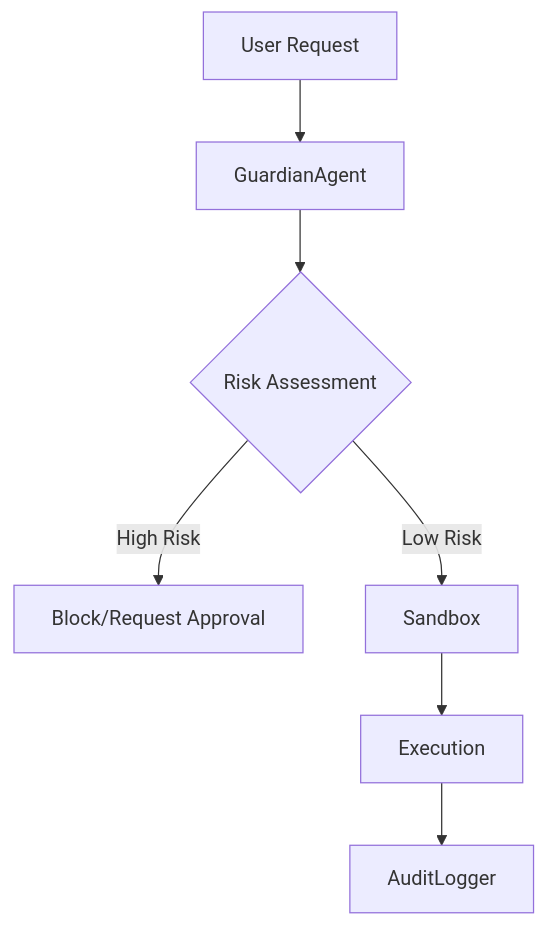
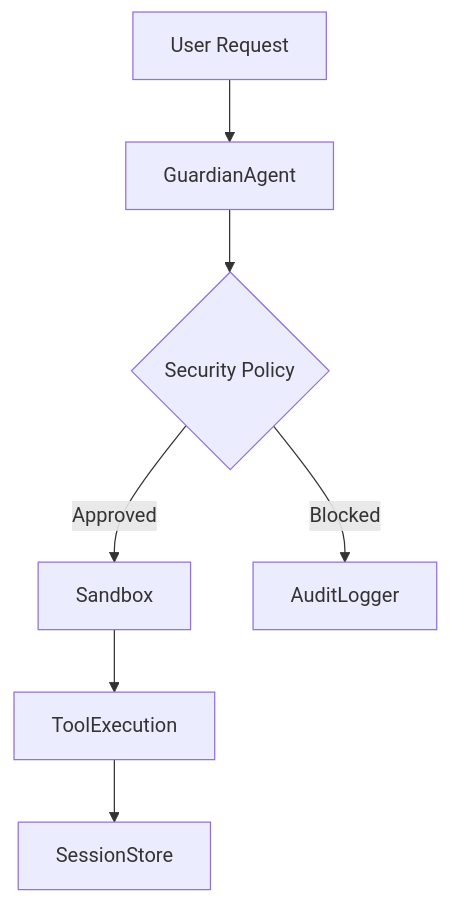
The diagram in .codebuddy/docs/6-security.md (phuetz/code-buddy), drawn with Mermaid before and after one commit. The commit also changed other lines of this file and 54 other files, not shown here.

````diff
--- a/.codebuddy/docs/6-security.md
+++ b/.codebuddy/docs/6-security.md
@@ -42,9 +50,9 @@
 ```mermaid
 graph TD
     A[User Request] --> B[GuardianAgent]
-    B --> C{Risk Assessment}
-    C -->|High Risk| D[Block/Request Approval]
-    C -->|Low Risk| E[Sandbox]
-    E --> F[Execution]
-    F --> G[AuditLogger]
+    B --> C{Security Policy}
+    C -->|Approved| D[Sandbox]
+    C -->|Blocked| E[AuditLogger]
+    D --> F[ToolExecution]
+    F --> G[SessionStore]
 ```
````
